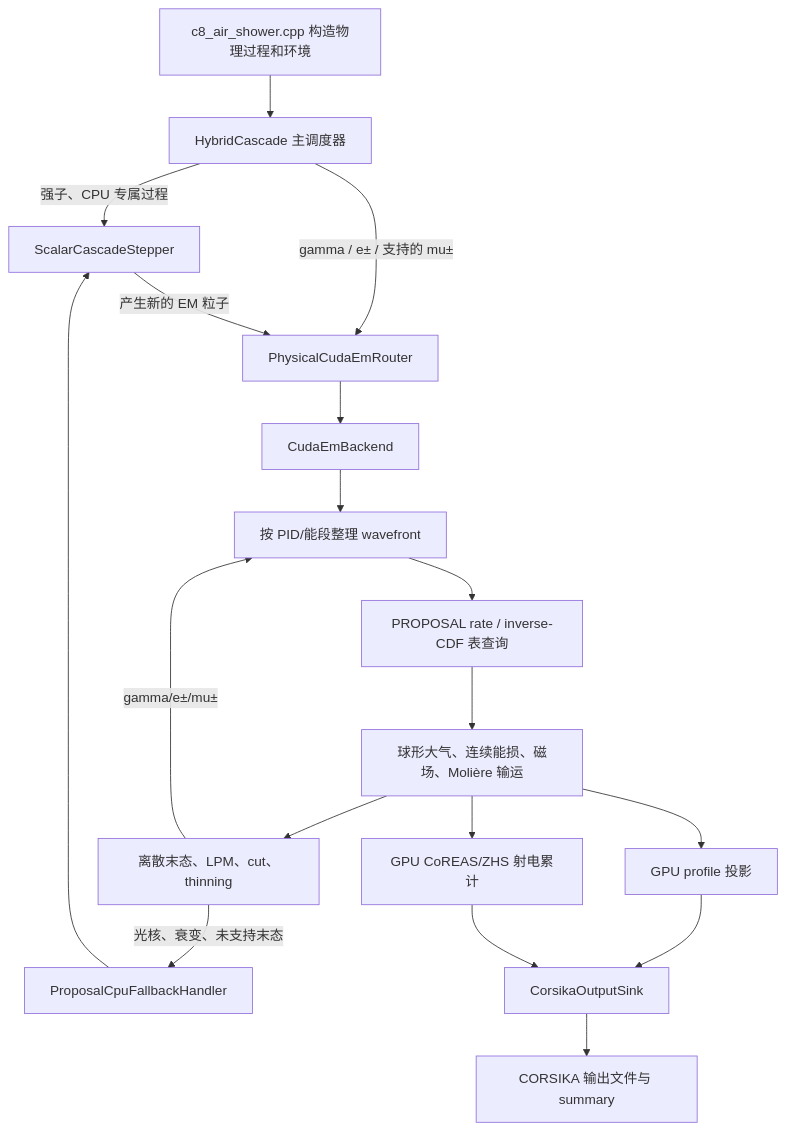
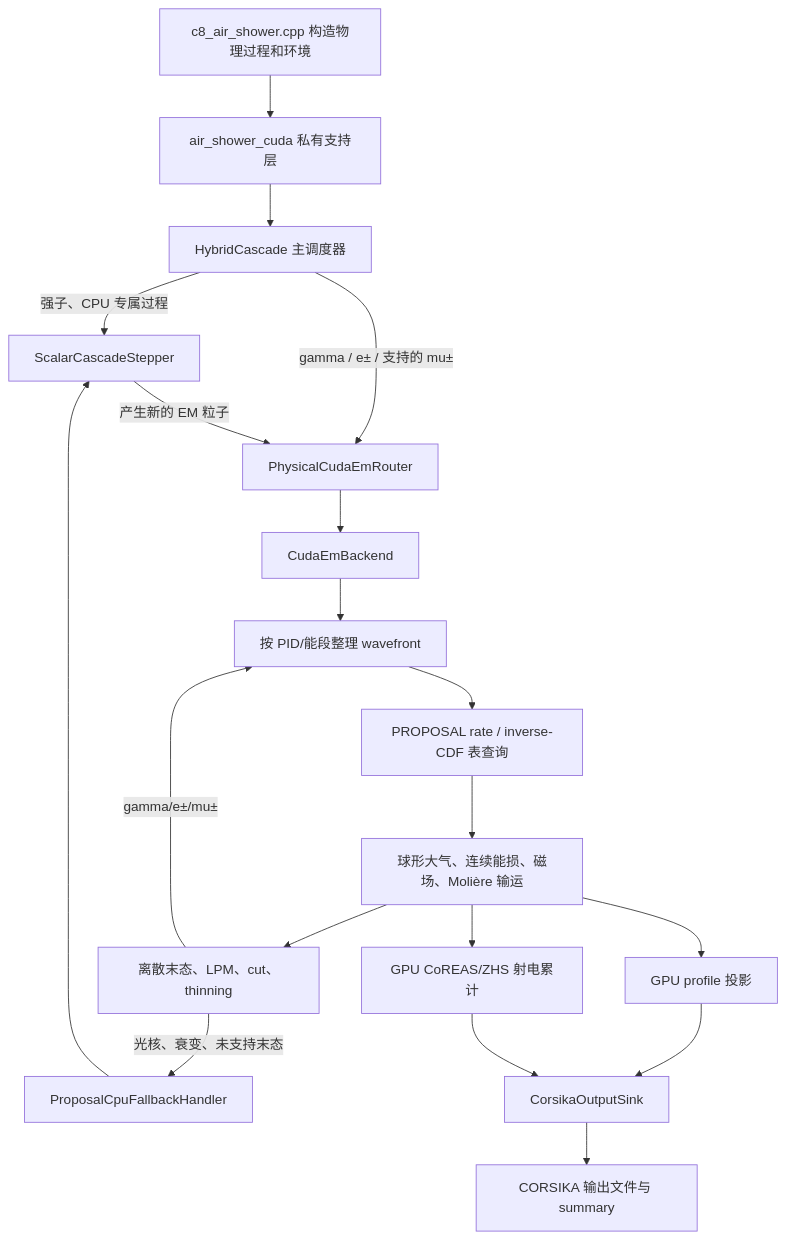
The diagram in documentation/cuda_em_refactor/beta4_cuda_gpu_source_code_guide_CN.md (BossL668/CORSIKA8-kokkos), drawn with Mermaid before and after one commit. The commit also changed other lines of this file and 106 other files, not shown here.

Commit message:
Add native PROPOSAL CUDA tables and refactor air shower support

````diff
--- a/documentation/cuda_em_refactor/beta4_cuda_gpu_source_code_guide_CN.md
+++ b/documentation/cuda_em_refactor/beta4_cuda_gpu_source_code_guide_CN.md
@@ -30,20 +30,21 @@
 ```mermaid
 flowchart TD
-    A[c8_air_shower.cpp 构造物理过程和环境] --> B[HybridCascade 主调度器]
+    A[c8_air_shower.cpp 构造物理过程和环境] --> A1[air_shower_cuda 私有支持层]
+    A1 --> B[HybridCascade 主调度器]
     B -->|强子、CPU 专属过程| C[ScalarCascadeStepper]
     B -->|gamma / e± / 支持的 mu±| D[PhysicalCudaEmRouter]
     D --> E[CudaEmBackend]
     E --> F[按 PID/能段整理 wavefront]
     F --> G[PROPOSAL rate / inverse-CDF 表查询]
     G --> H[球形大气、连续能损、磁场、Molière 输运]
     H --> I[离散末态、LPM、cut、thinning]
     I -->|gamma/e±/mu±| F
     I -->|光核、衰变、未支持末态| J[ProposalCpuFallbackHandler]
     J --> C
     H --> K[GPU profile 投影]
     H --> L[GPU CoREAS/ZHS 射电累计]
     K --> M[CorsikaOutputSink]
     L --> M
     C -->|产生新的 EM 粒子| D
     M --> N[CORSIKA 输出文件与 summary]
 ```
````
